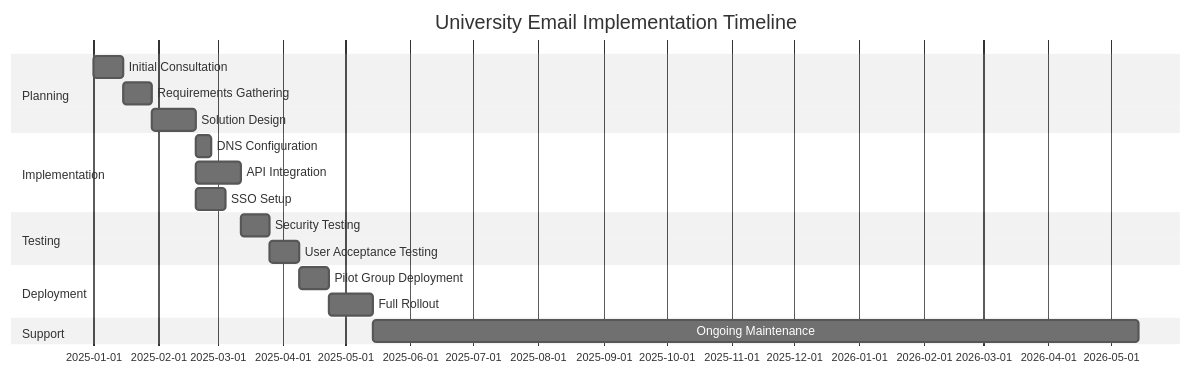
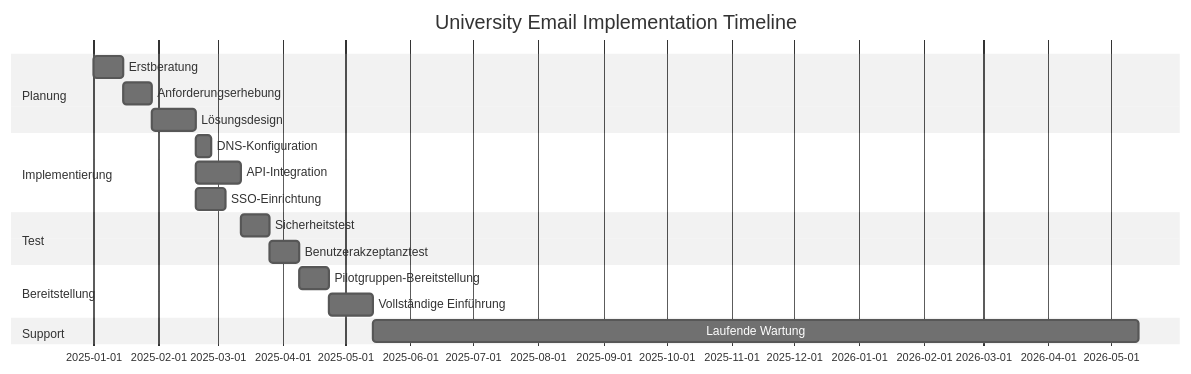
The first of 2 diagrams in app/views/docs/alumni-email-forwarding-university-case-study/index-de.md (forwardemail/forwardemail.net), drawn with Mermaid (neutral theme) before and after one commit. The commit also changed other lines of this file and 1055 other files, not shown here.

````diff
--- a/app/views/docs/alumni-email-forwarding-university-case-study/index-de.md
+++ b/app/views/docs/alumni-email-forwarding-university-case-study/index-de.md
@@ -200,21 +201,21 @@
 ```mermaid
 gantt
     title University Email Implementation Timeline
     dateFormat  YYYY-MM-DD
-    section Planning
-    Initial Consultation           :a1, 2025-01-01, 14d
-    Requirements Gathering         :a2, after a1, 14d
-    Solution Design                :a3, after a2, 21d
-    section Implementation
-    DNS Configuration              :b1, after a3, 7d
-    API Integration                :b2, after a3, 21d
-    SSO Setup                      :b3, after a3, 14d
-    section Testing
-    Security Testing               :c1, after b1 b2 b3, 14d
-    User Acceptance Testing        :c2, after c1, 14d
-    section Deployment
-    Pilot Group Deployment         :d1, after c2, 14d
-    Full Rollout                   :d2, after d1, 21d
+    section Planung
+    Erstberatung                 :a1, 2025-01-01, 14d
+    Anforderungserhebung         :a2, after a1, 14d
+    Lösungsdesign                :a3, after a2, 21d
+    section Implementierung
+    DNS-Konfiguration            :b1, after a3, 7d
+    API-Integration              :b2, after a3, 21d
+    SSO-Einrichtung              :b3, after a3, 14d
+    section Test
+    Sicherheitstest              :c1, after b1 b2 b3, 14d
+    Benutzerakzeptanztest        :c2, after c1, 14d
+    section Bereitstellung
+    Pilotgruppen-Bereitstellung  :d1, after c2, 14d
+    Vollständige Einführung      :d2, after d1, 21d
     section Support
-    Ongoing Maintenance            :e1, after d2, 365d
+    Laufende Wartung             :e1, after d2, 365d
 ```
````
